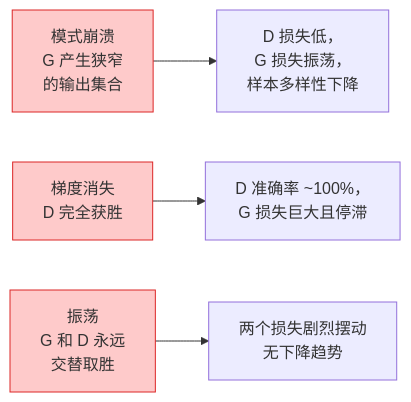
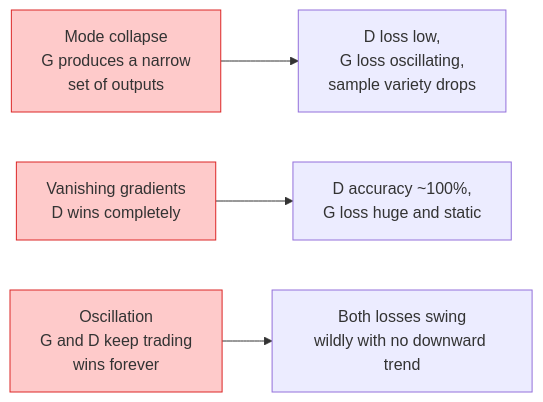
Before and after one commit to xiaojiaenen/ai-engineering-from-scratch-zh: the second of 2 diagrams in i18n/zh/phases/04-computer-vision/09-image-generation-gans/docs/zh.md, drawn with Mermaid. The commit also changed other lines of this file and 28 other files, not shown here.

````diff
--- a/i18n/zh/phases/04-computer-vision/09-image-generation-gans/docs/zh.md
+++ b/i18n/zh/phases/04-computer-vision/09-image-generation-gans/docs/zh.md
@@ -81,10 +81,10 @@
 ```mermaid
 flowchart LR
-    M1["模式崩溃<br/>G 产生狭窄<br/>的输出集合"] --> S1["D 损失低，<br/>G 损失振荡，<br/>样本多样性下降"]
-    M2["梯度消失<br/>D 完全获胜"] --> S2["D 准确率 ~100%，<br/>G 损失巨大且停滞"]
-    M3["振荡<br/>G 和 D 永远<br/>交替取胜"] --> S3["两个损失剧烈摆动<br/>无下降趋势"]
+    M1["Mode collapse<br/>G produces a narrow<br/>set of outputs"] --> S1["D loss low,<br/>G loss oscillating,<br/>sample variety drops"]
+    M2["Vanishing gradients<br/>D wins completely"] --> S2["D accuracy ~100%,<br/>G loss huge and static"]
+    M3["Oscillation<br/>G and D keep trading<br/>wins forever"] --> S3["Both losses swing<br/>wildly with no downward trend"]
 
     style M1 fill:#fecaca,stroke:#dc2626
     style M2 fill:#fecaca,stroke:#dc2626
     style M3 fill:#fecaca,stroke:#dc2626
 ```
````
